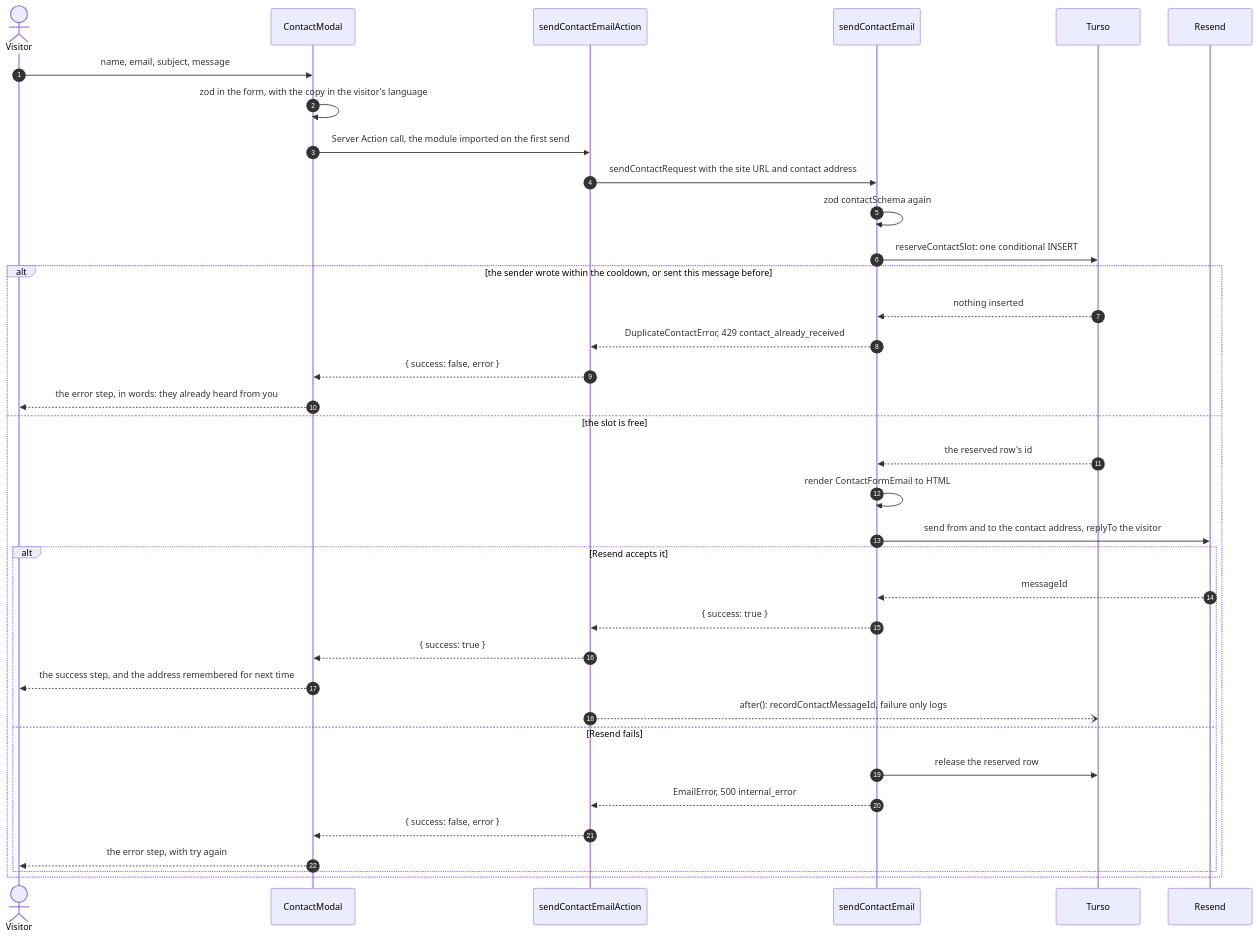
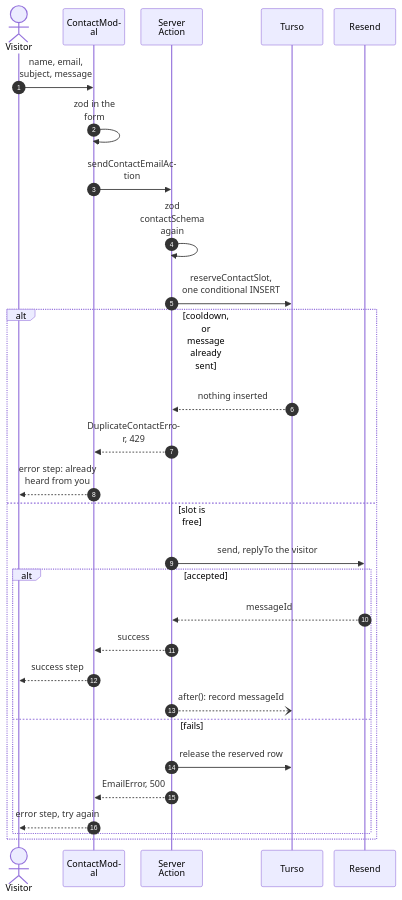
One commit to fbuireu/forever-pto changed the diagram in apps/docs/src/content/docs/how-it-works/emails.mdx. Above: the diagram before and after it, drawn with Mermaid. The commit also changed 16 other files, not shown here.

First line of the commit message:
docs(docs): fix how-it-works drift and rework the diagrams to read at column width

````diff
--- a/apps/docs/src/content/docs/how-it-works/emails.mdx
+++ b/apps/docs/src/content/docs/how-it-works/emails.mdx
@@ -19,43 +19,40 @@
 ```mermaid
 ---
 config:
   look: handDrawn
   layout: dagre
+  sequence:
+    wrap: true
+    width: 110
+    actorMargin: 20
 ---
 sequenceDiagram
   autonumber
   actor V as Visitor
   participant M as ContactModal
-  participant SA as sendContactEmailAction
-  participant UC as sendContactEmail
+  participant SA as Server Action
   participant DB as Turso
   participant RS as Resend
   V->>M: name, email, subject, message
-  M->>M: zod in the form, with the copy in the visitor's language
-  M->>SA: Server Action call, the module imported on the first send
-  SA->>UC: sendContactRequest with the site URL and contact address
-  UC->>UC: zod contactSchema again
-  UC->>DB: reserveContactSlot: one conditional INSERT
-  alt the sender wrote within the cooldown, or sent this message before
-    DB-->>UC: nothing inserted
-    UC-->>SA: DuplicateContactError, 429 contact_already_received
-    SA-->>M: { success: false, error }
-    M-->>V: the error step, in words: they already heard from you
-  else the slot is free
-    DB-->>UC: the reserved row's id
-    UC->>UC: render ContactFormEmail to HTML
-    UC->>RS: send from and to the contact address, replyTo the visitor
-    alt Resend accepts it
-      RS-->>UC: messageId
-      UC-->>SA: { success: true }
-      SA-->>M: { success: true }
-      M-->>V: the success step, and the address remembered for next time
-      SA--)DB: after(): recordContactMessageId, failure only logs
-    else Resend fails
-      UC->>DB: release the reserved row
-      UC-->>SA: EmailError, 500 internal_error
-      SA-->>M: { success: false, error }
-      M-->>V: the error step, with try again
+  M->>M: zod in the form
+  M->>SA: sendContactEmailAction
+  SA->>SA: zod contactSchema again
+  SA->>DB: reserveContactSlot,<br/>one conditional INSERT
+  alt cooldown, or message already sent
+    DB-->>SA: nothing inserted
+    SA-->>M: DuplicateContactError, 429
+    M-->>V: error step: already heard from you
+  else slot is free
+    SA->>RS: send, replyTo the visitor
+    alt accepted
+      RS-->>SA: messageId
+      SA-->>M: success
+      M-->>V: success step
+      SA--)DB: after(): record messageId
+    else fails
+      SA->>DB: release the reserved row
+      SA-->>M: EmailError, 500
+      M-->>V: error step, try again
     end
   end
 ```
````
